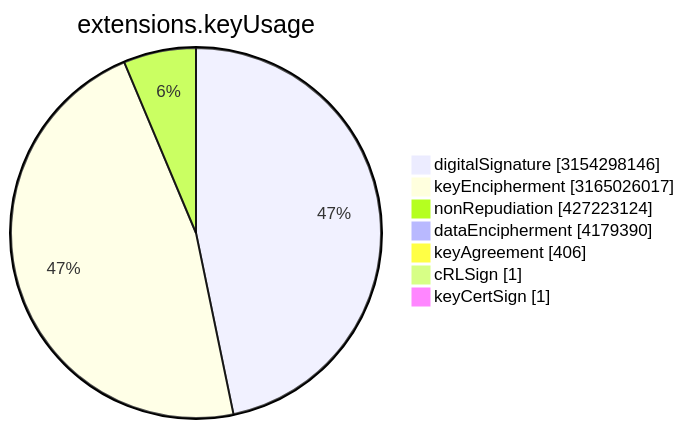
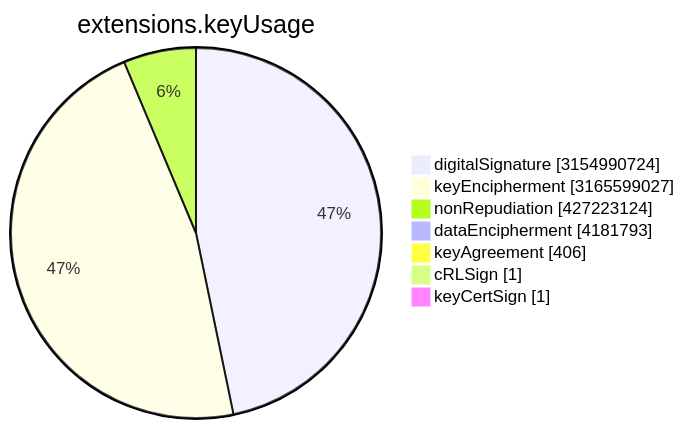
One commit to christiankrug/ctmonitor_visualization changed the sixth of 15 diagrams in TOTAL/README.md. Above: the diagram before and after it, drawn with Mermaid. The commit also changed other lines of this file, not shown here.

````diff
--- a/TOTAL/README.md
+++ b/TOTAL/README.md
@@ -3077,11 +3077,11 @@
 ```mermaid
 pie showData
 title extensions.keyUsage
-"digitalSignature" :3154298146
-"keyEncipherment" :3165026017
+"digitalSignature" :3154990724
+"keyEncipherment" :3165599027
 "nonRepudiation" :427223124
-"dataEncipherment" :4179390
+"dataEncipherment" :4181793
 "keyAgreement" :406
 "cRLSign" :1
 "keyCertSign" :1
 ```
````
